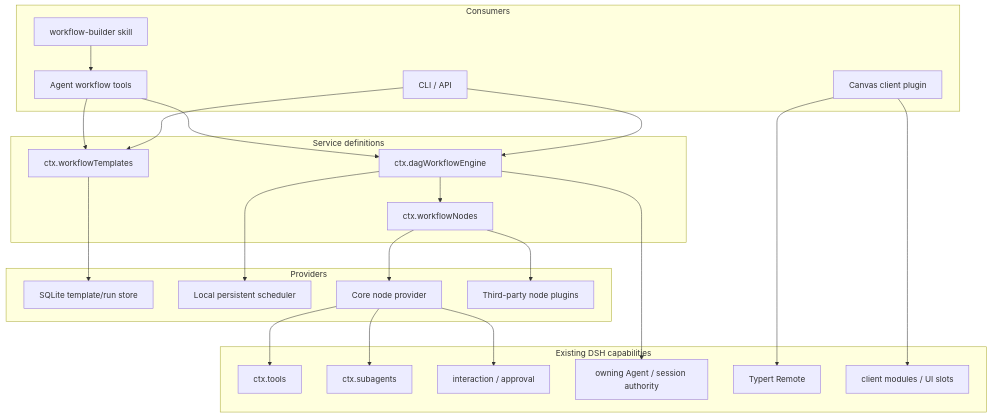
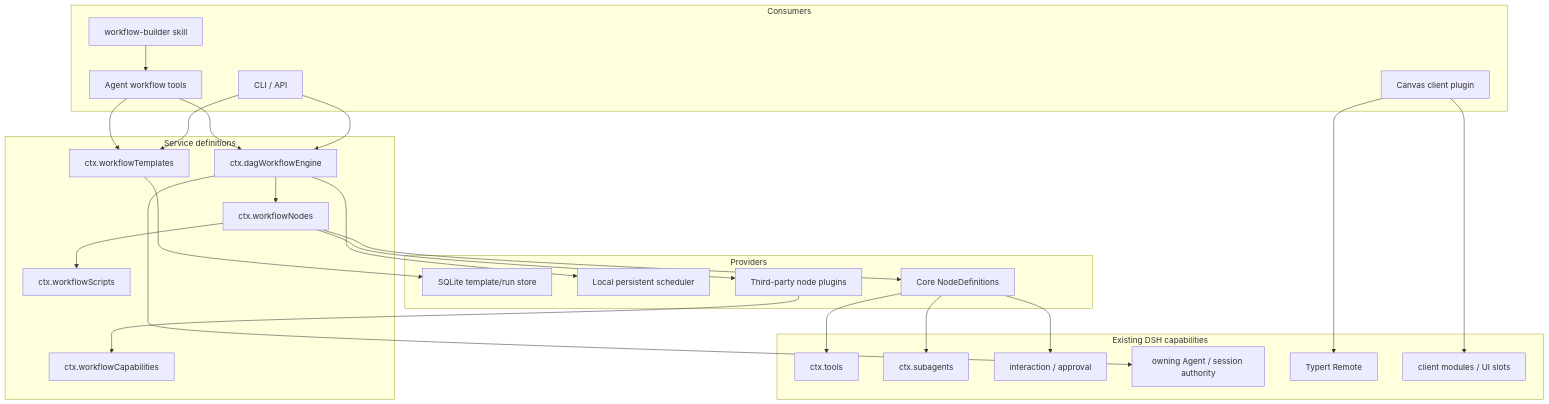
One commit to GM-HZ/agent-dag-workflow changed the first of 2 diagrams in docs/architecture.md. Above: the diagram before and after it, drawn with Mermaid. The commit also changed other lines of this file and 51 other files, not shown here.

````diff
--- a/docs/architecture.md
+++ b/docs/architecture.md
@@ -21,48 +23,52 @@
 ```mermaid
 flowchart TB
   subgraph Consumers["Consumers"]
     Skill["workflow-builder skill"]
     Tools["Agent workflow tools"]
     Canvas["Canvas client plugin"]
     CLI["CLI / API"]
   end
 
   subgraph Definitions["Service definitions"]
     Catalog["ctx.workflowTemplates"]
     Nodes["ctx.workflowNodes"]
+    Caps["ctx.workflowCapabilities"]
+    Scripts["ctx.workflowScripts"]
     Engine["ctx.dagWorkflowEngine"]
   end
 
   subgraph Providers["Providers"]
     Store["SQLite template/run store"]
     Scheduler["Local persistent scheduler"]
-    CoreNodes["Core node provider"]
+    CoreNodes["Core NodeDefinitions"]
     PluginNodes["Third-party node plugins"]
   end
 
   subgraph DSH["Existing DSH capabilities"]
     DshTools["ctx.tools"]
     Subagents["ctx.subagents"]
     Approval["interaction / approval"]
     Sessions["owning Agent / session authority"]
     Remote["Typert Remote"]
     Slots["client modules / UI slots"]
   end
 
   Skill --> Tools
   Tools --> Catalog
   Tools --> Engine
   Canvas --> Remote
   CLI --> Catalog
   CLI --> Engine
   Catalog --> Store
   Engine --> Scheduler
   Engine --> Nodes
+  Nodes --> Scripts
   Nodes --> CoreNodes
   Nodes --> PluginNodes
+  PluginNodes --> Caps
   CoreNodes --> DshTools
   CoreNodes --> Subagents
   CoreNodes --> Approval
   Engine --> Sessions
   Canvas --> Slots
 ```
````
